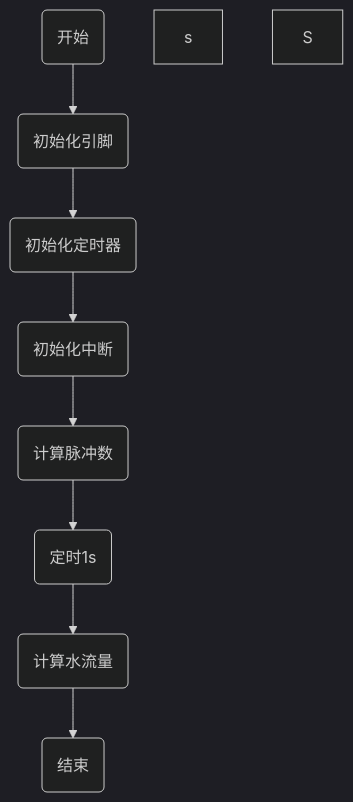
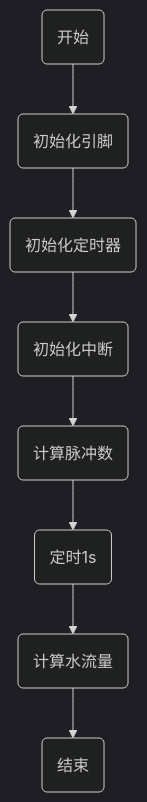
One commit to gxdsl/YF-S401 changed the diagram in README.md. Above: the diagram before and after it, drawn with Mermaid (dark theme).

````diff
--- a/README.md
+++ b/README.md
@@ -41,10 +41,10 @@
 ```mermaid
 graph TD;
     A(开始) --> B(初始化引脚);
     B --> C(初始化定时器);
-    C --> D(初始化中断);s
-    D --> E(计算脉冲数);S
+    C --> D(初始化中断);
+    D --> E(计算脉冲数);
     E --> F(定时1s);
     F --> G(计算水流量);
     G --> H(结束);
 ```
````
